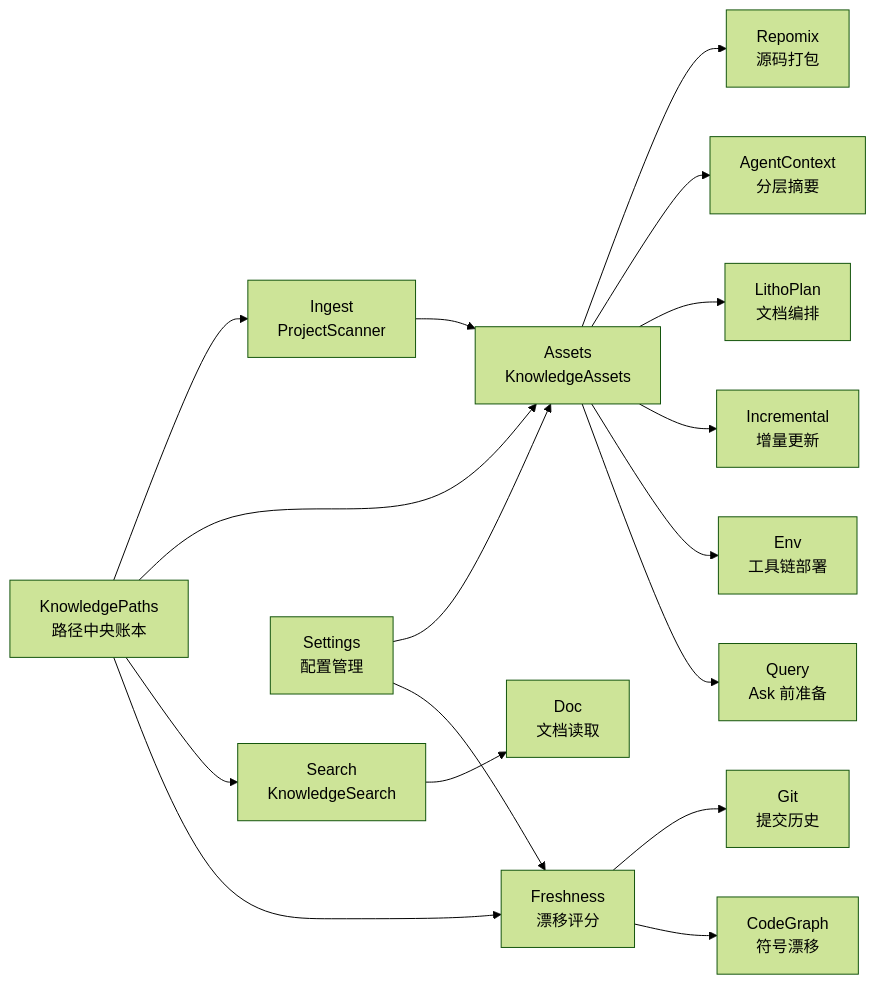
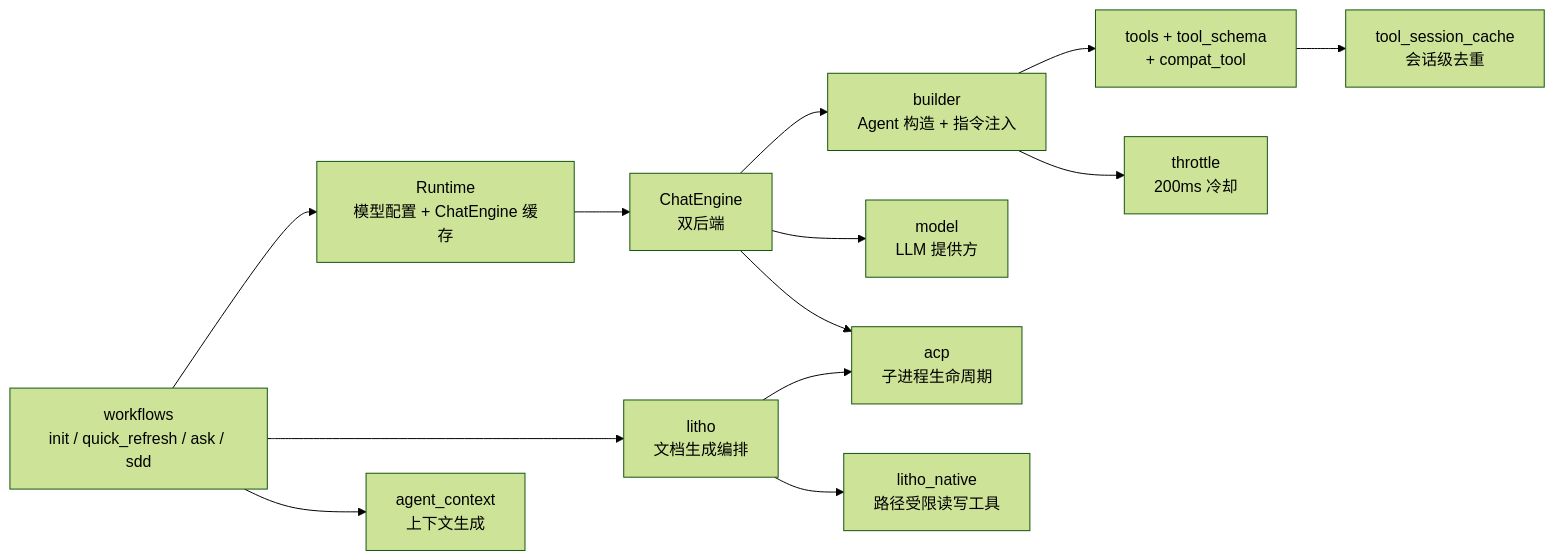
Before and after one commit to sopaco/terrain: the third of 7 diagrams in .terrain/human/2.架构.md, drawn with Mermaid (forest theme). The commit also changed other lines of this file and 29 other files, not shown here.

````diff
--- a/.terrain/human/2.架构.md
+++ b/.terrain/human/2.架构.md
@@ -146,19 +145,15 @@
 ```mermaid
 graph LR
-    ING["Ingest<br/>ProjectScanner"] --> ASSETS["Assets<br/>KnowledgeAssets"]
-    ASSETS --> REPO["Repomix<br/>源码打包"]
-    ASSETS --> CTX["AgentContext<br/>分层摘要"]
-    ASSETS --> LITHO["LithoPlan<br/>文档编排"]
-    ASSETS --> INCR["Incremental<br/>增量更新"]
-    ASSETS --> ENV["Env<br/>工具链部署"]
-    ASSETS --> QUERY["Query<br/>Ask 前准备"]
-    SEARCH["Search<br/>KnowledgeSearch"] --> DOC["Doc<br/>文档读取"]
-    FR["Freshness<br/>漂移评分"] --> GIT["Git<br/>提交历史"]
-    FR --> CG["CodeGraph<br/>符号漂移"]
-    SET["Settings<br/>配置管理"] --> ASSETS
-    SET --> FR
-    PATHS["KnowledgePaths<br/>路径中央账本"] --> ING
-    PATHS --> ASSETS
-    PATHS --> SEARCH
-    PATHS --> FR
+    RT["Runtime<br/>模型配置 + ChatEngine 缓存"] --> CHAT["ChatEngine<br/>双后端"]
+    WF["workflows<br/>init / quick_refresh / ask / sdd"] --> RT
+    WF --> LITHO["litho<br/>文档生成编排"]
+    WF --> CTX["agent_context<br/>上下文生成"]
+    LITHO --> ACP["acp<br/>子进程生命周期"]
+    LITHO --> NAT["litho_native<br/>路径受限读写工具"]
+    CHAT --> BLD["builder<br/>Agent 构造 + 指令注入"]
+    CHAT --> MDL["model<br/>LLM 提供方"]
+    CHAT --> ACP
+    BLD --> TOOLS["tools + tool_schema<br/>+ compat_tool"]
+    TOOLS --> CACHE["tool_session_cache<br/>会话级去重"]
+    BLD --> THR["throttle<br/>200ms 冷却"]
 ```
````
